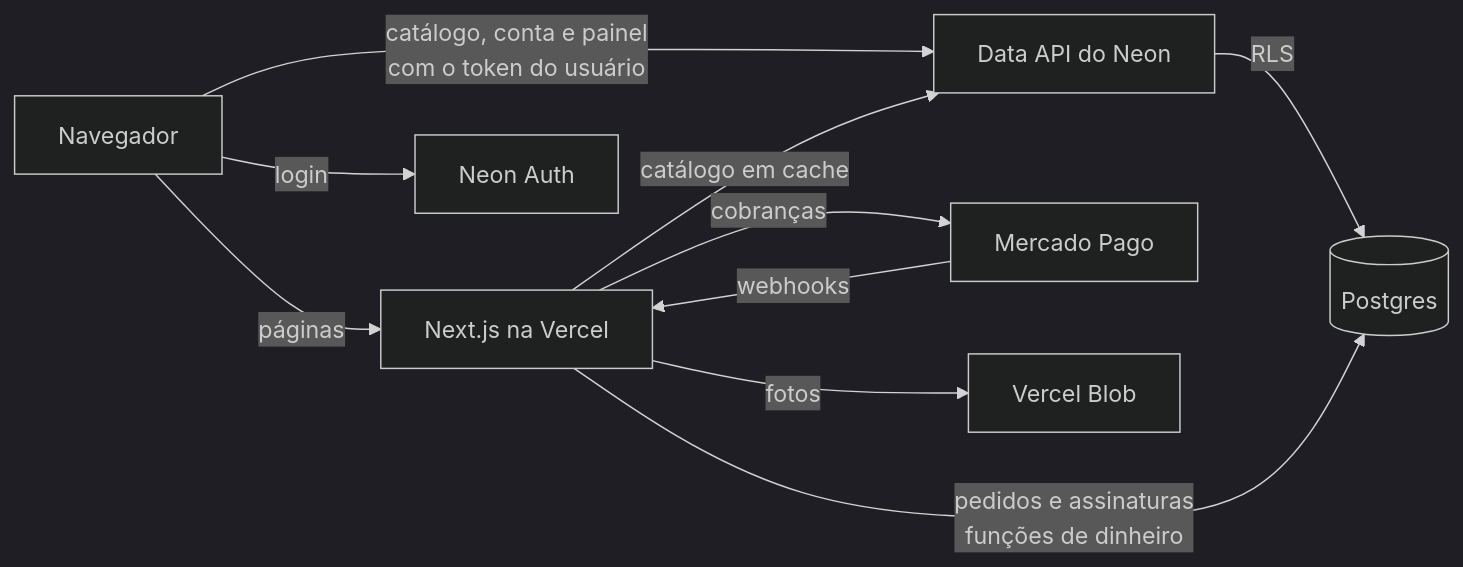
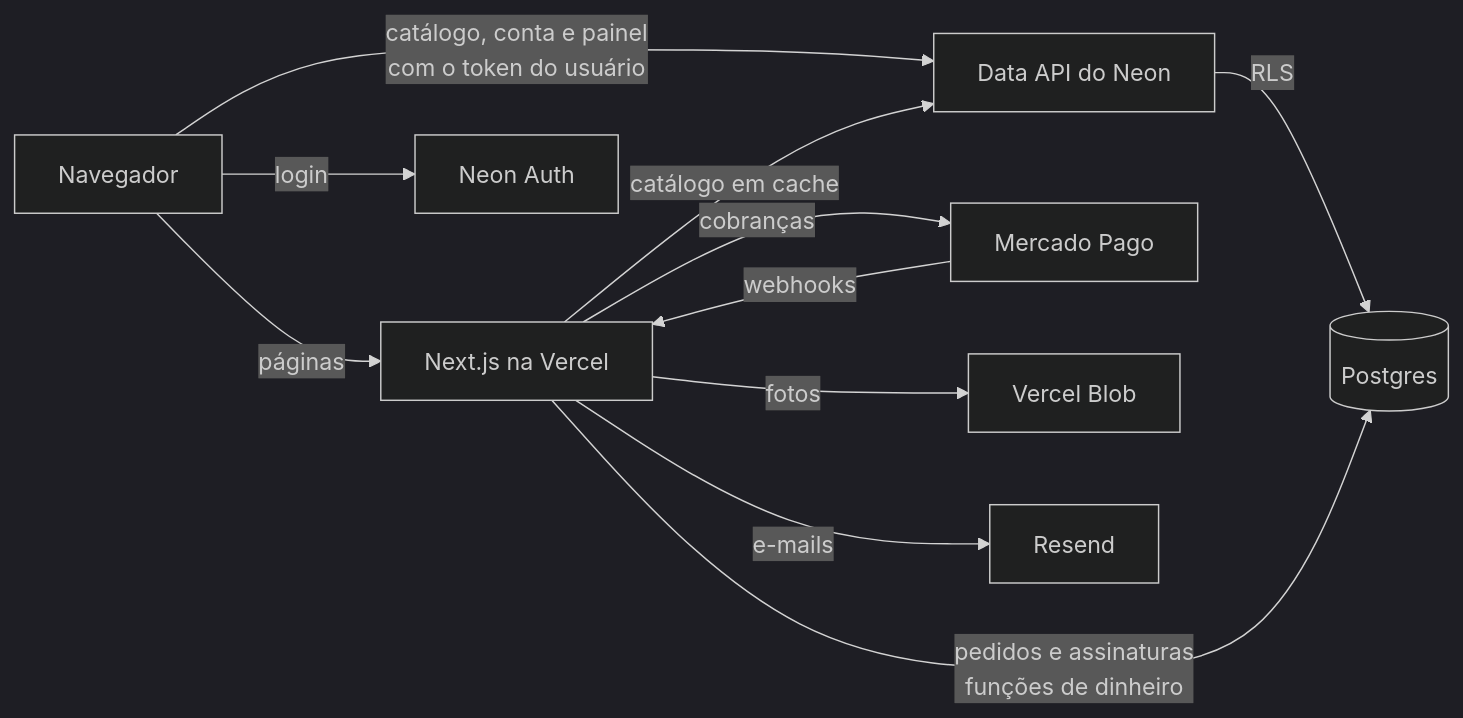
The diagram in README.md (luuizz/kaechocolates-next), drawn with Mermaid (dark theme) before and after one commit. The commit also changed other lines of this file and 21 other files, not shown here.

First line of the commit message:
feat(emails): e-mails automáticos de pedido e do clube pelo Resend

````diff
--- a/README.md
+++ b/README.md
@@ -98,12 +99,13 @@
 ```mermaid
 flowchart LR
   B[Navegador] -- páginas --> N[Next.js na Vercel]
   B -- login --> A[Neon Auth]
   B -- catálogo, conta e painel<br/>com o token do usuário --> D[Data API do Neon]
   D -- RLS --> P[(Postgres)]
   N -- catálogo em cache --> D
   N -- pedidos e assinaturas<br/>funções de dinheiro --> P
   N -- cobranças --> M[Mercado Pago]
   M -- webhooks --> N
   N -- fotos --> V[Vercel Blob]
+  N -- e-mails --> R[Resend]
 ```
````
